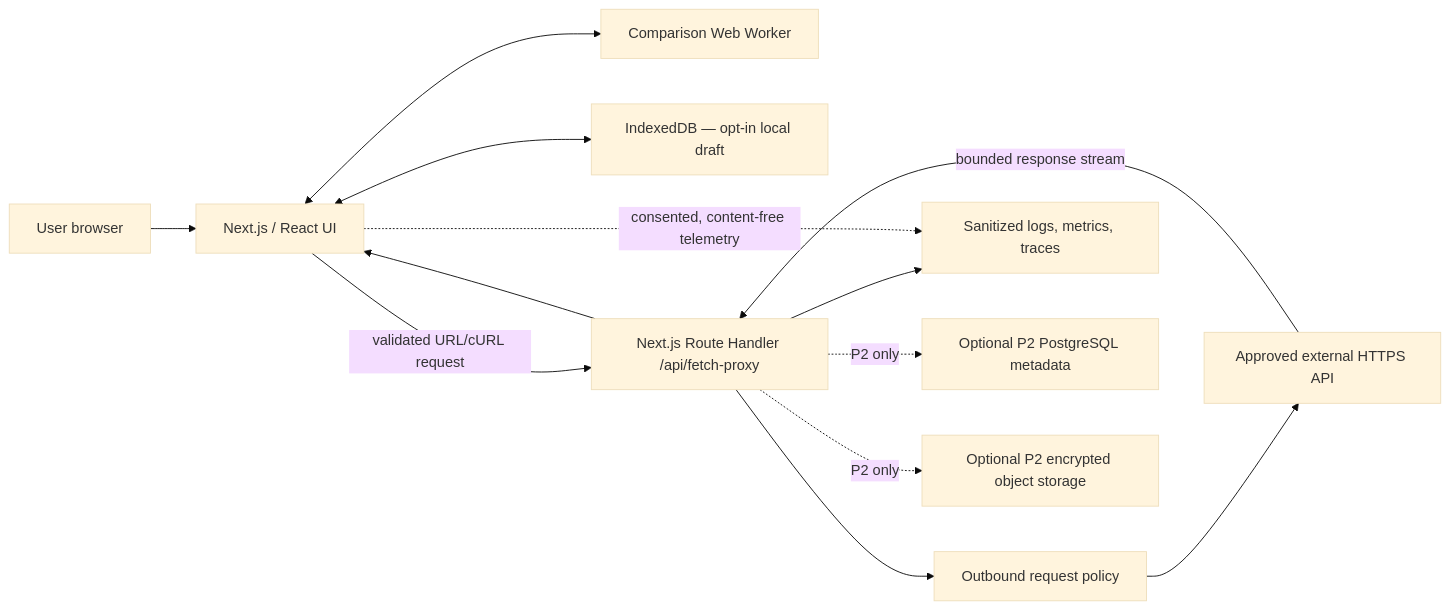
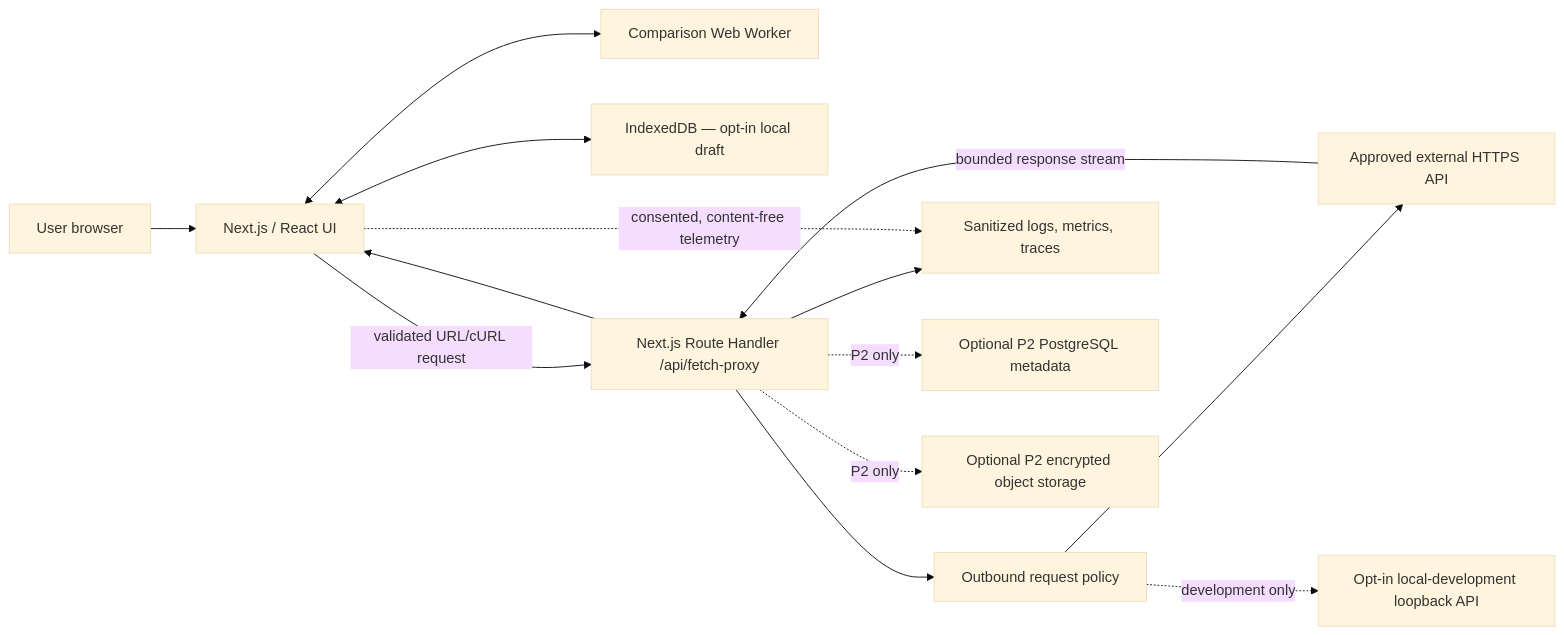
Before and after one commit to shadmaanAsif/json-comparer: the first of 4 diagrams in docs/reference/ARCHITECTURE.md, drawn with Mermaid (base theme). The commit also changed other lines of this file and 45 other files, not shown here.

````diff
--- a/docs/reference/ARCHITECTURE.md
+++ b/docs/reference/ARCHITECTURE.md
@@ -12,24 +12,26 @@
 ```mermaid
 flowchart LR
   U["User browser"]
   UI["Next.js / React UI"]
   WK["Comparison Web Worker"]
   IDB["IndexedDB — opt-in local draft"]
   API["Next.js Route Handler /api/fetch-proxy"]
   POL["Outbound request policy"]
   EXT["Approved external HTTPS API"]
+  LOCAL["Opt-in local-development loopback API"]
   OBS["Sanitized logs, metrics, traces"]
   DB["Optional P2 PostgreSQL metadata"]
   OBJ["Optional P2 encrypted object storage"]
 
   U --> UI
   UI <--> WK
   UI <--> IDB
   UI -->|"validated URL/cURL request"| API
   API --> POL --> EXT
+  POL -. "development only" .-> LOCAL
   EXT -->|"bounded response stream"| API --> UI
   API --> OBS
   UI -. "consented, content-free telemetry" .-> OBS
   API -. "P2 only" .-> DB
   API -. "P2 only" .-> OBJ
 ```
````
